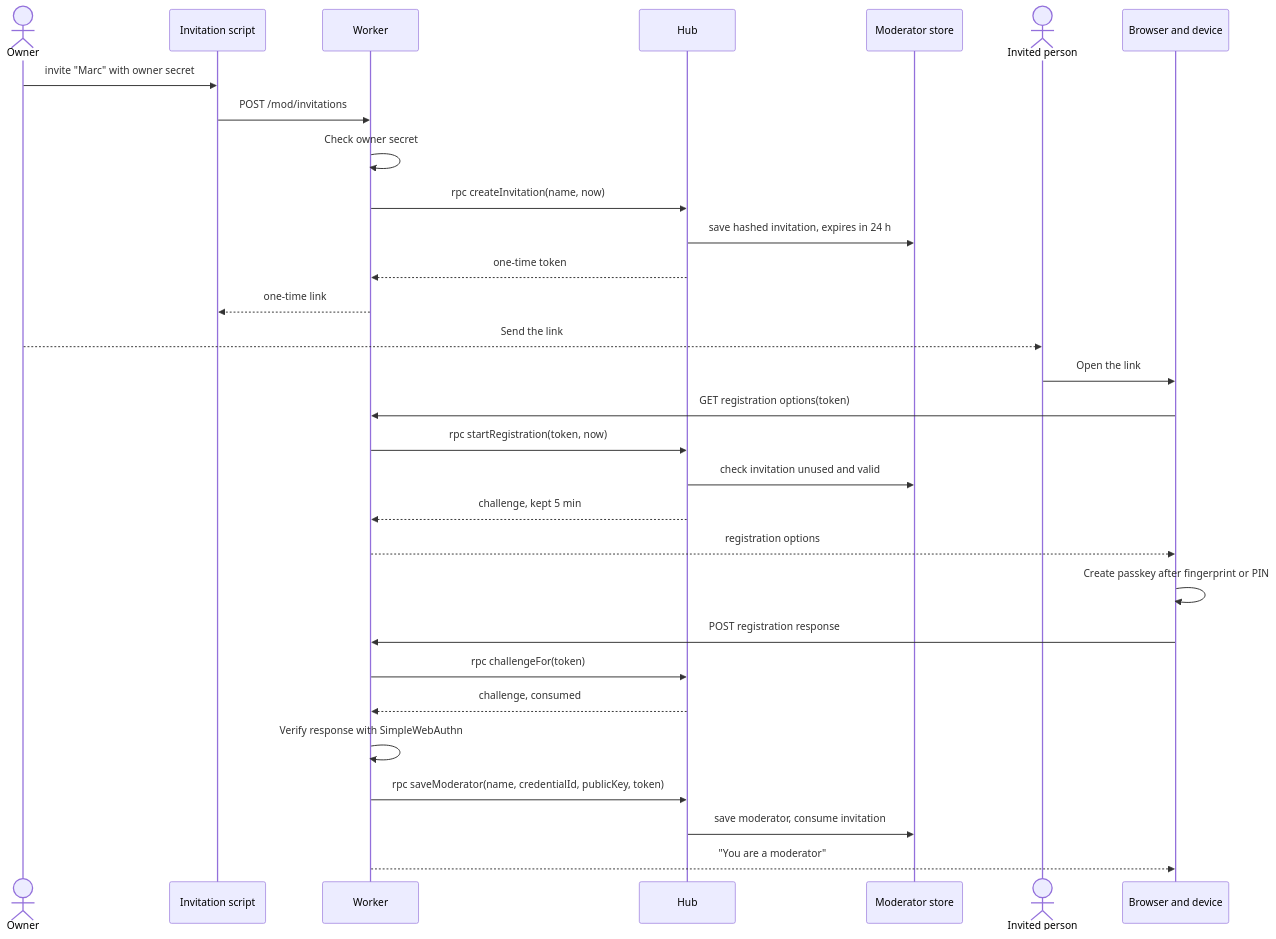
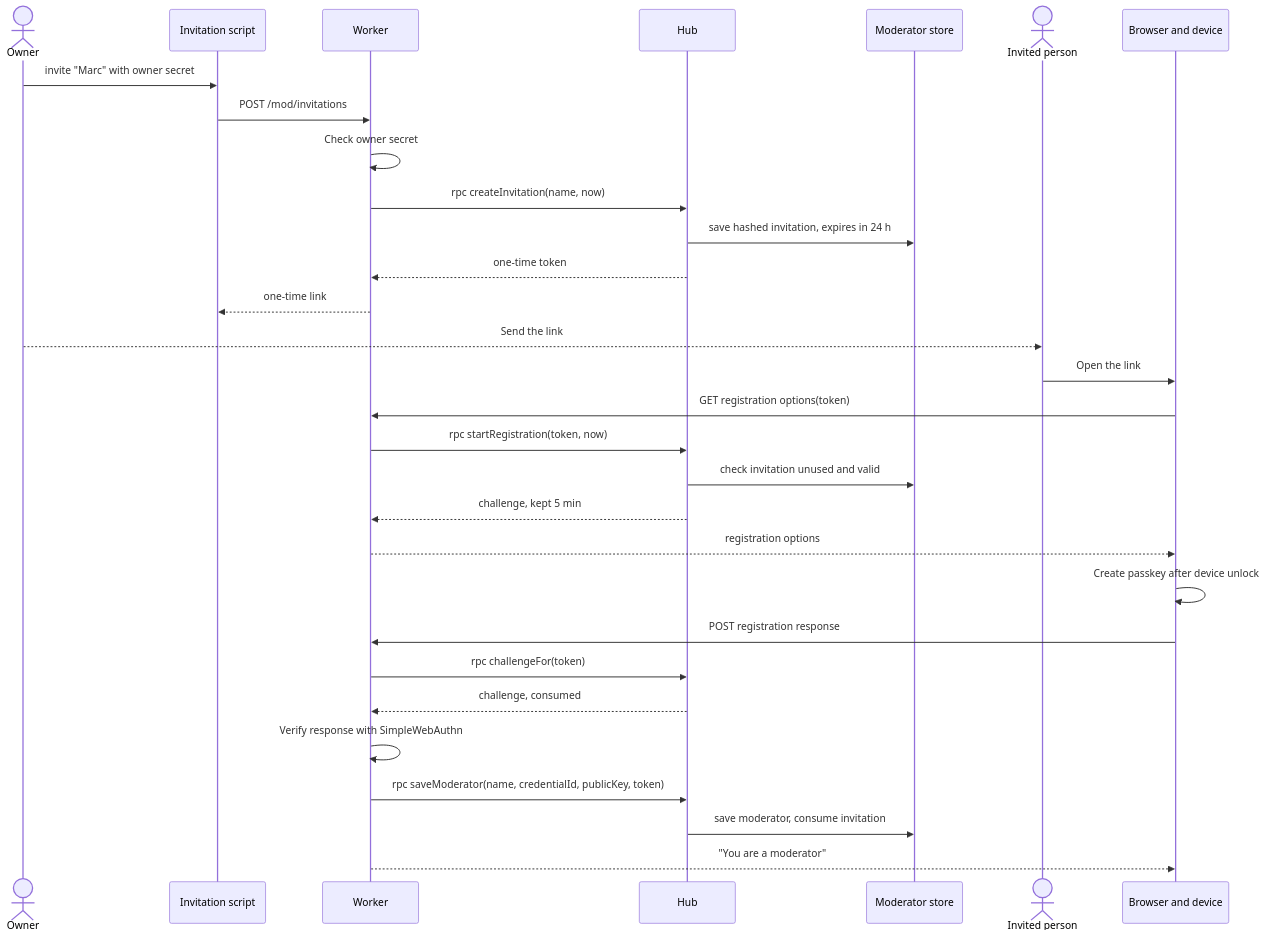
One commit to benoit-bremaud/asv changed the diagram in docs/architecture/diagrams/moderation/02b-sequence-invite-and-enroll.md. Above: the diagram before and after it, drawn with Mermaid. The commit also changed 43 other files, not shown here.

First line of the commit message:
docs: accounts for private messages, strikes, legal-first roadmap

````diff
--- a/docs/architecture/diagrams/moderation/02b-sequence-invite-and-enroll.md
+++ b/docs/architecture/diagrams/moderation/02b-sequence-invite-and-enroll.md
@@ -15,32 +15,32 @@
 ```mermaid
 sequenceDiagram
   actor OW as Owner
   participant CLI as Invitation script
   participant WK as Worker
   participant H as Hub
   participant MS as Moderator store
   actor I as Invited person
   participant B as Browser and device
   OW->>CLI: invite "Marc" with owner secret
   CLI->>WK: POST /mod/invitations
   WK->>WK: Check owner secret
   WK->>H: rpc createInvitation(name, now)
   H->>MS: save hashed invitation, expires in 24 h
   H-->>WK: one-time token
   WK-->>CLI: one-time link
   OW-->>I: Send the link
   I->>B: Open the link
   B->>WK: GET registration options(token)
   WK->>H: rpc startRegistration(token, now)
   H->>MS: check invitation unused and valid
   H-->>WK: challenge, kept 5 min
   WK-->>B: registration options
-  B->>B: Create passkey after fingerprint or PIN
+  B->>B: Create passkey after device unlock
   B->>WK: POST registration response
   WK->>H: rpc challengeFor(token)
   H-->>WK: challenge, consumed
   WK->>WK: Verify response with SimpleWebAuthn
   WK->>H: rpc saveModerator(name, credentialId, publicKey, token)
   H->>MS: save moderator, consume invitation
   WK-->>B: "You are a moderator"
 ```
````
